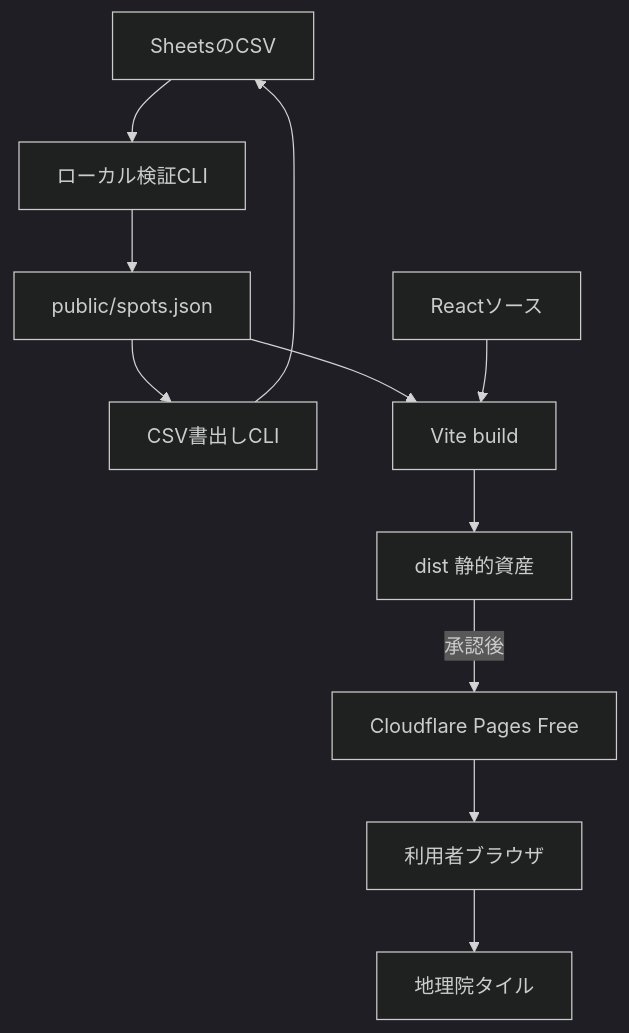
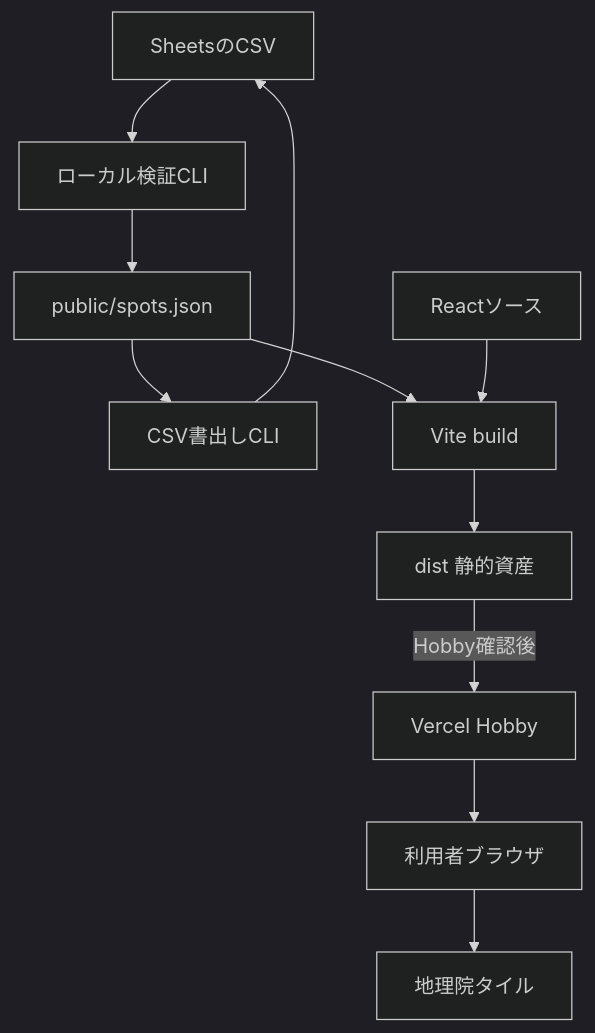
Before and after one commit to suzaking/lespot: the second of 4 diagrams in docs/ARCHITECTURE.md, drawn with Mermaid (dark theme). The commit also changed other lines of this file and 17 other files, not shown here.

First line of the commit message:
chore: prepare Vercel Hobby static deployment

````diff
--- a/docs/ARCHITECTURE.md
+++ b/docs/ARCHITECTURE.md
@@ -18,13 +18,13 @@
 ```mermaid
 flowchart TD
  S[SheetsのCSV] --> V[ローカル検証CLI]
  J --> E[CSV書出しCLI]
  E --> S
  V --> J[public/spots.json]
  J --> B[Vite build]
  C[Reactソース] --> B
  B --> D[dist 静的資産]
- D -->|承認後| P[Cloudflare Pages Free]
+ D -->|Hobby確認後| P[Vercel Hobby]
  P --> R[利用者ブラウザ]
  R --> T[地理院タイル]
 ```
````
